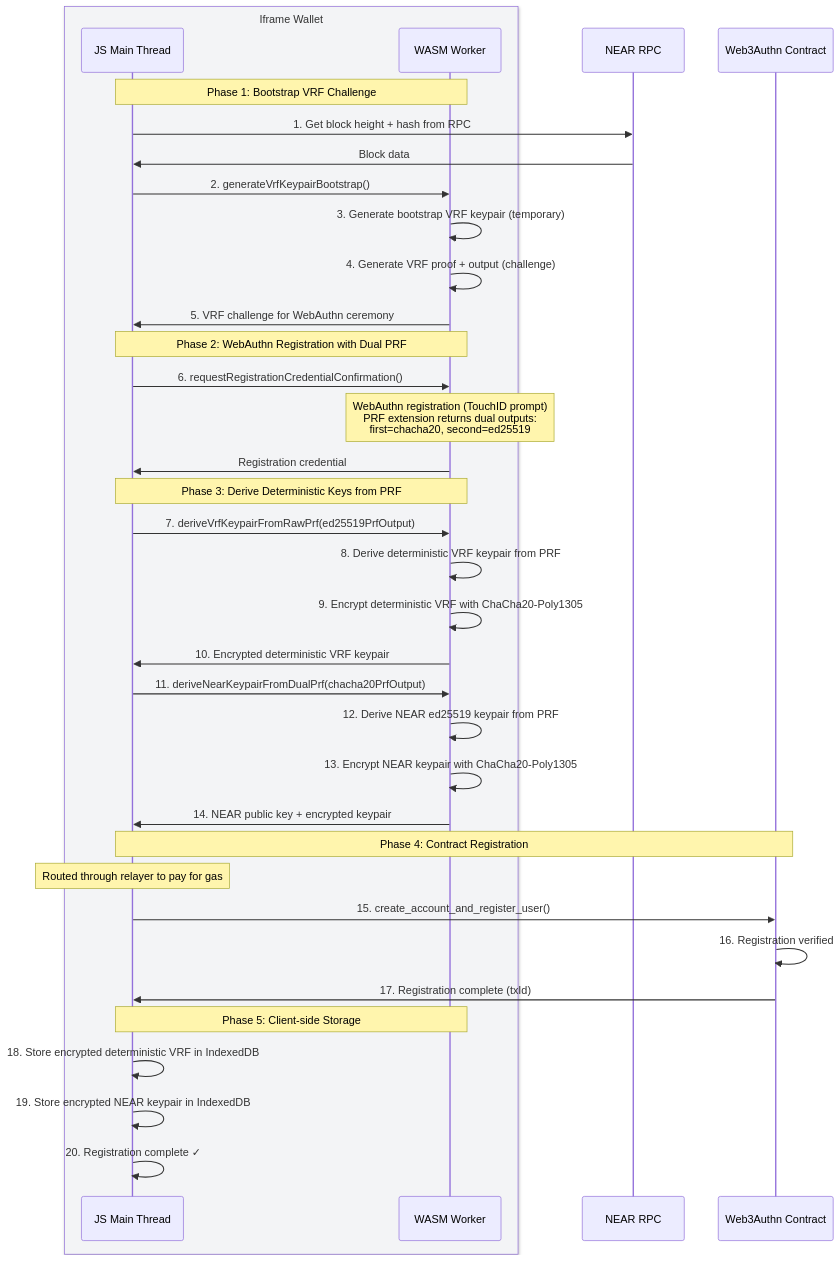
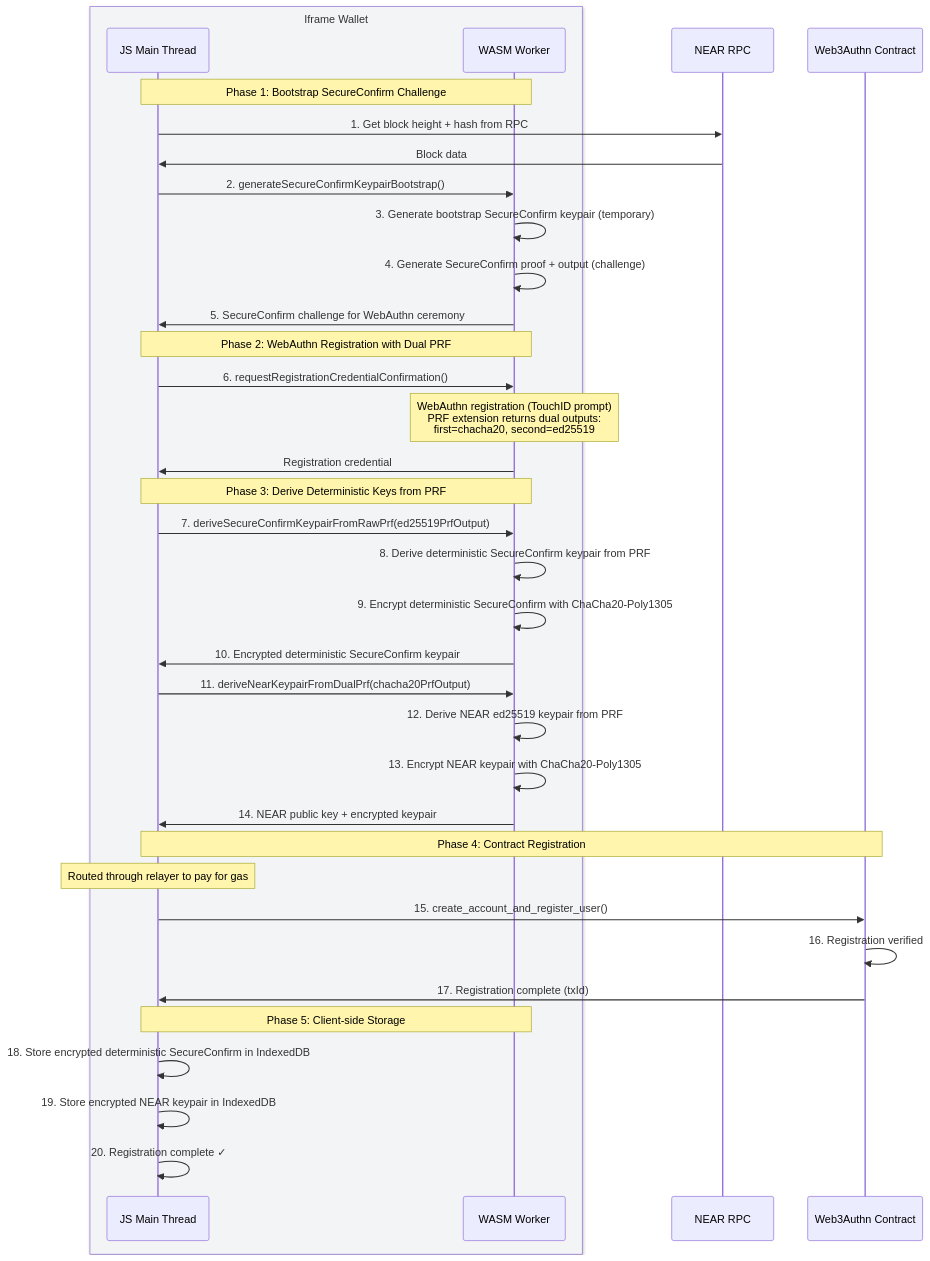
One commit to peitalin/simple-threshold-signer changed the diagram in examples/tatchi-docs/src/public/diagrams/contract-registration-flow.mmd. Above: the diagram before and after it, drawn with Mermaid. The commit also changed 242 other files, not shown here.

```diff
--- a/examples/tatchi-docs/src/public/diagrams/contract-registration-flow.mmd
+++ b/examples/tatchi-docs/src/public/diagrams/contract-registration-flow.mmd
@@ -1,42 +1,42 @@
 sequenceDiagram
     box rgb(243, 244, 246) Iframe Wallet
     participant JSMain as JS Main Thread
     participant Worker as WASM Worker
     end
     participant NEAR as NEAR RPC
     participant Contract as Web3Authn Contract
 
-    Note over JSMain,Worker: Phase 1: Bootstrap VRF Challenge
+    Note over JSMain,Worker: Phase 1: Bootstrap SecureConfirm Challenge
     JSMain->>NEAR: 1. Get block height + hash from RPC
     NEAR->>JSMain: Block data
-    JSMain->>Worker: 2. generateVrfKeypairBootstrap()
-    Worker->>Worker: 3. Generate bootstrap VRF keypair (temporary)
-    Worker->>Worker: 4. Generate VRF proof + output (challenge)
-    Worker->>JSMain: 5. VRF challenge for WebAuthn ceremony
+    JSMain->>Worker: 2. generateSecureConfirmKeypairBootstrap()
+    Worker->>Worker: 3. Generate bootstrap SecureConfirm keypair (temporary)
+    Worker->>Worker: 4. Generate SecureConfirm proof + output (challenge)
+    Worker->>JSMain: 5. SecureConfirm challenge for WebAuthn ceremony
 
     Note over JSMain,Worker: Phase 2: WebAuthn Registration with Dual PRF
     JSMain->>Worker: 6. requestRegistrationCredentialConfirmation()
     Note over Worker: WebAuthn registration (TouchID prompt)<br/>PRF extension returns dual outputs:<br/>first=chacha20, second=ed25519
     Worker->>JSMain: Registration credential
 
     Note over JSMain,Worker: Phase 3: Derive Deterministic Keys from PRF
-    JSMain->>Worker: 7. deriveVrfKeypairFromRawPrf(ed25519PrfOutput)
-    Worker->>Worker: 8. Derive deterministic VRF keypair from PRF
-    Worker->>Worker: 9. Encrypt deterministic VRF with ChaCha20-Poly1305
-    Worker->>JSMain: 10. Encrypted deterministic VRF keypair
+    JSMain->>Worker: 7. deriveSecureConfirmKeypairFromRawPrf(ed25519PrfOutput)
+    Worker->>Worker: 8. Derive deterministic SecureConfirm keypair from PRF
+    Worker->>Worker: 9. Encrypt deterministic SecureConfirm with ChaCha20-Poly1305
+    Worker->>JSMain: 10. Encrypted deterministic SecureConfirm keypair
 
     JSMain->>Worker: 11. deriveNearKeypairFromDualPrf(chacha20PrfOutput)
     Worker->>Worker: 12. Derive NEAR ed25519 keypair from PRF
     Worker->>Worker: 13. Encrypt NEAR keypair with ChaCha20-Poly1305
     Worker->>JSMain: 14. NEAR public key + encrypted keypair
 
     Note over JSMain,Contract: Phase 4: Contract Registration
     Note over JSMain: Routed through relayer to pay for gas
     JSMain->>Contract: 15. create_account_and_register_user()
     Contract->>Contract: 16. Registration verified
     Contract->>JSMain: 17. Registration complete (txId)
 
     Note over JSMain,Worker: Phase 5: Client-side Storage
-    JSMain->>JSMain: 18. Store encrypted deterministic VRF in IndexedDB
+    JSMain->>JSMain: 18. Store encrypted deterministic SecureConfirm in IndexedDB
     JSMain->>JSMain: 19. Store encrypted NEAR keypair in IndexedDB
     JSMain->>JSMain: 20. Registration complete ✓
```
